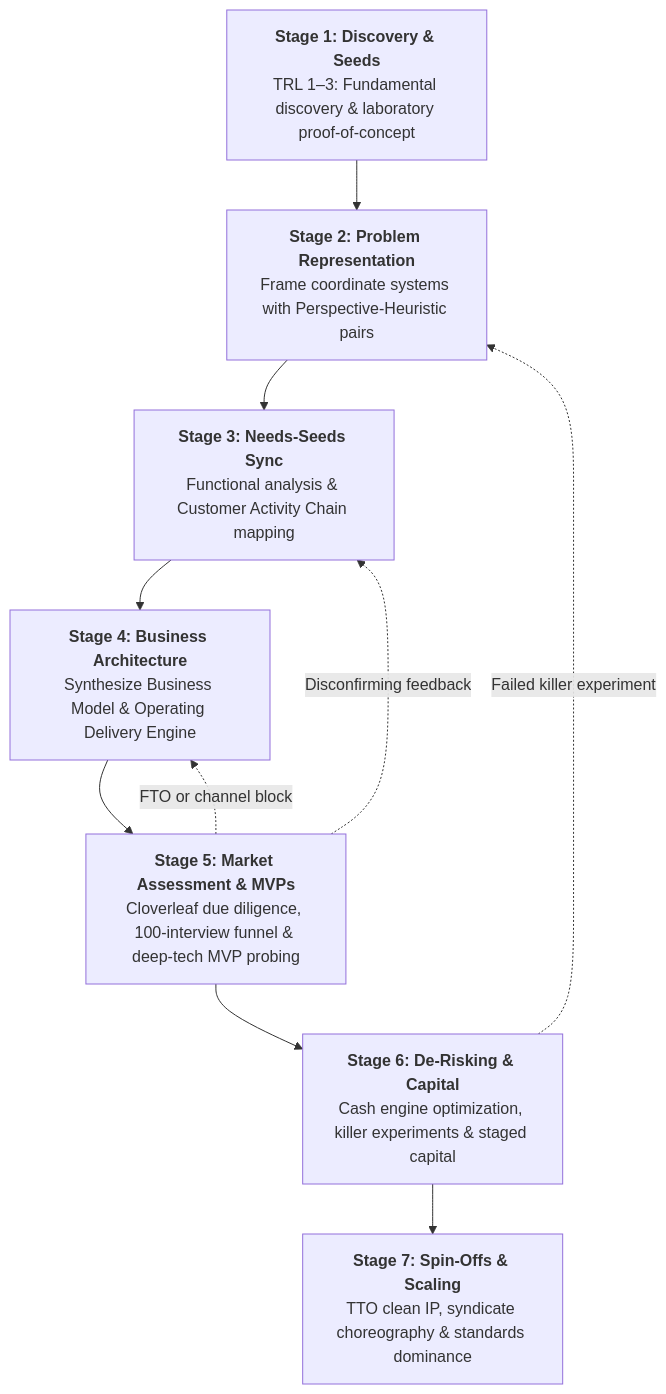
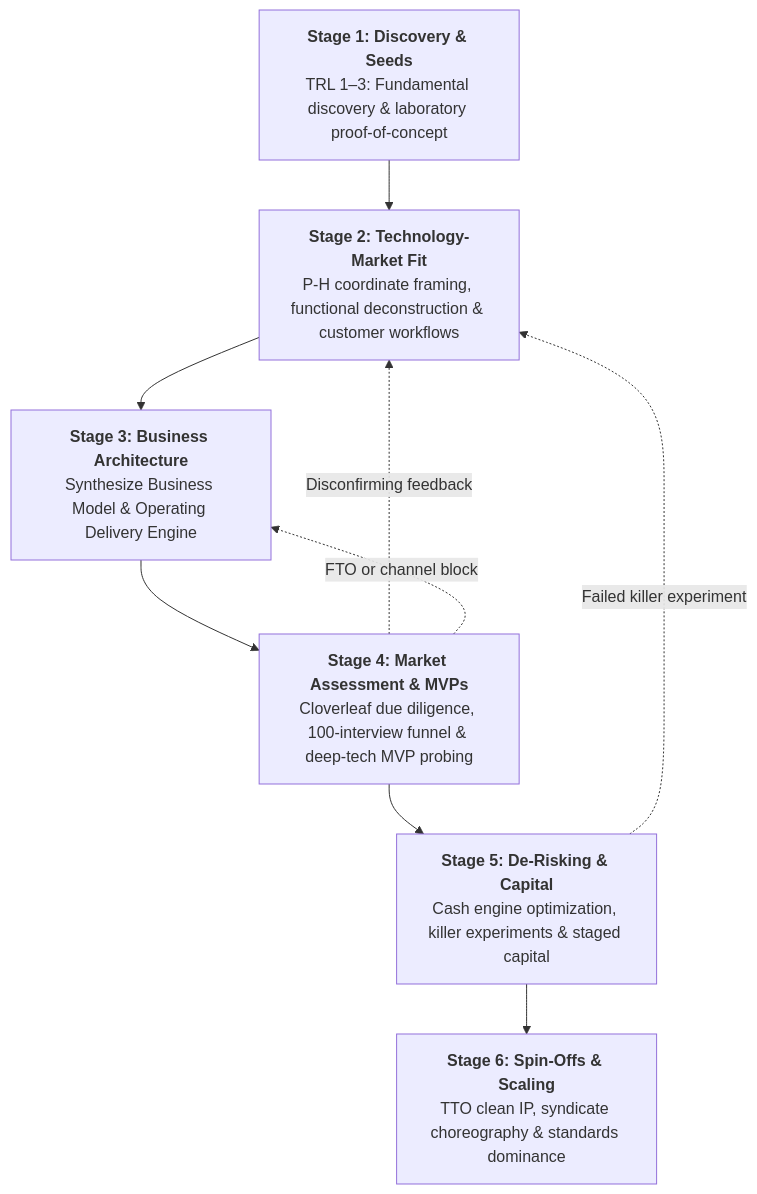
The diagram in vite-book/stages/index.md (nghuyenthevinh2000/innovation-research), drawn with Mermaid before and after one commit. The commit also changed other lines of this file and 26 other files, not shown here.

Commit message:
feat(stages): merge Stage 2 and 3 into Technology-Market Fit 6-stage lifecycle

````diff
--- a/vite-book/stages/index.md
+++ b/vite-book/stages/index.md
@@ -11,16 +12,15 @@
 ```mermaid
 flowchart TD
     S1["<b>Stage 1: Discovery & Seeds</b><br/>TRL 1–3: Fundamental discovery & laboratory proof-of-concept"]
-    S2["<b>Stage 2: Problem Representation</b><br/>Frame coordinate systems with Perspective-Heuristic pairs"]
-    S3["<b>Stage 3: Needs-Seeds Sync</b><br/>Functional analysis & Customer Activity Chain mapping"]
-    S4["<b>Stage 4: Business Architecture</b><br/>Synthesize Business Model & Operating Delivery Engine"]
-    S5["<b>Stage 5: Market Assessment & MVPs</b><br/>Cloverleaf due diligence, 100-interview funnel & deep-tech MVP probing"]
-    S6["<b>Stage 6: De-Risking & Capital</b><br/>Cash engine optimization, killer experiments & staged capital"]
-    S7["<b>Stage 7: Spin-Offs & Scaling</b><br/>TTO clean IP, syndicate choreography & standards dominance"]
+    S2["<b>Stage 2: Technology-Market Fit</b><br/>P-H coordinate framing, functional deconstruction & customer workflows"]
+    S3["<b>Stage 3: Business Architecture</b><br/>Synthesize Business Model & Operating Delivery Engine"]
+    S4["<b>Stage 4: Market Assessment & MVPs</b><br/>Cloverleaf due diligence, 100-interview funnel & deep-tech MVP probing"]
+    S5["<b>Stage 5: De-Risking & Capital</b><br/>Cash engine optimization, killer experiments & staged capital"]
+    S6["<b>Stage 6: Spin-Offs & Scaling</b><br/>TTO clean IP, syndicate choreography & standards dominance"]
 
-    S1 --> S2 --> S3 --> S4 --> S5 --> S6 --> S7
+    S1 --> S2 --> S3 --> S4 --> S5 --> S6
 
-    S5 -.->|"Disconfirming feedback"| S3
-    S5 -.->|"FTO or channel block"| S4
-    S6 -.->|"Failed killer experiment"| S2
+    S4 -.->|"Disconfirming feedback"| S2
+    S4 -.->|"FTO or channel block"| S3
+    S5 -.->|"Failed killer experiment"| S2
 ```
````
